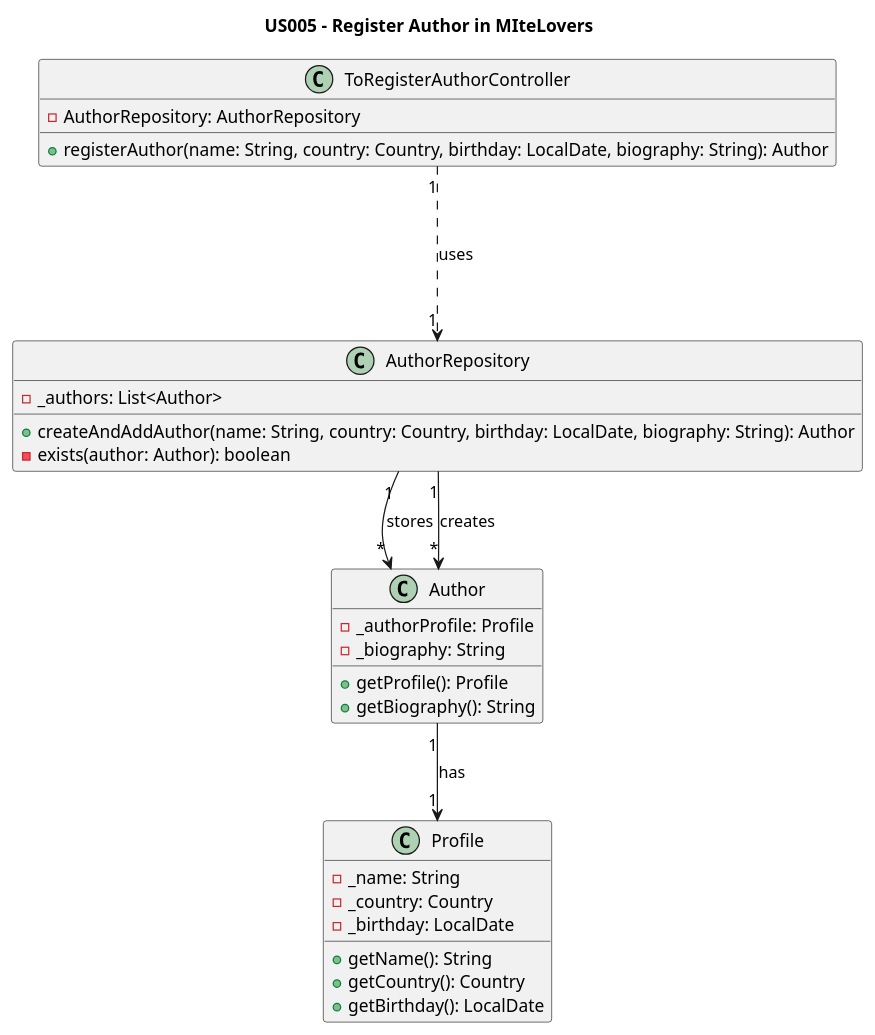
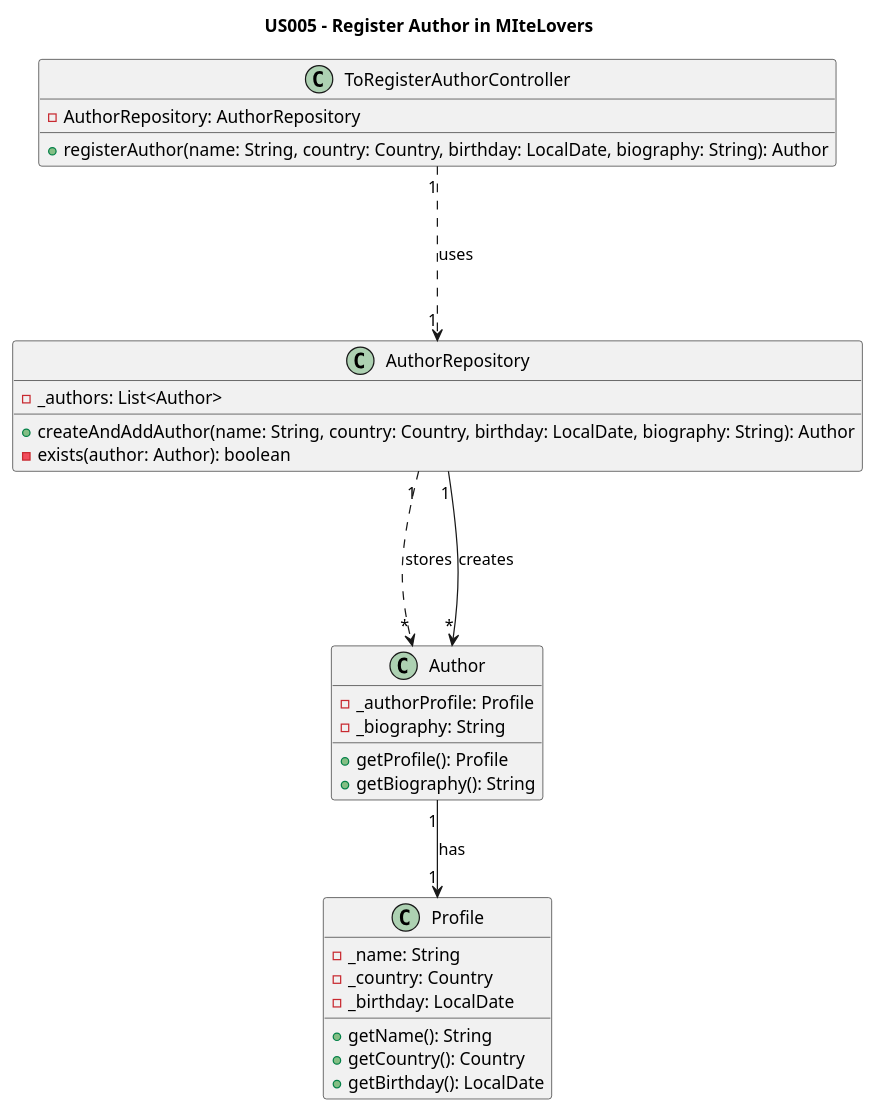
One commit to AndrePereiraGitH/SWitCH-Project-Team_A changed the diagram in Diagrams/ClassDiagrams/US005 - To register an Author in MiteLovers.puml. Above: the diagram before and after it, drawn with PlantUML. The commit also changed 1 other file, not shown here.

```diff
--- a/Diagrams/ClassDiagrams/US005 - To register an Author in MiteLovers.puml
+++ b/Diagrams/ClassDiagrams/US005 - To register an Author in MiteLovers.puml
@@ -1,36 +1,36 @@
 @startuml
 title US005 - Register Author in MIteLovers
 
 class ToRegisterAuthorController {
   -AuthorRepository: AuthorRepository
   +registerAuthor(name: String, country: Country, birthday: LocalDate, biography: String): Author
 }
 
 class AuthorRepository {
   -_authors: List<Author>
   +createAndAddAuthor(name: String, country: Country, birthday: LocalDate, biography: String): Author
   -exists(author: Author): boolean
 }
 
 class Author {
   -_authorProfile: Profile
   -_biography: String
   +getProfile(): Profile
   +getBiography(): String
 }
 
 class Profile {
   -_name: String
   -_country: Country
   -_birthday: LocalDate
   +getName(): String
   +getCountry(): Country
   +getBirthday(): LocalDate
 }
 
 ToRegisterAuthorController "1" -.-> "1" AuthorRepository : uses
-AuthorRepository "1" --> "*" Author : stores
+AuthorRepository "1" -.-> "*" Author : stores
 AuthorRepository "1" --> "*" Author : creates
 Author "1" --> "1" Profile : has
 
 @enduml
```
